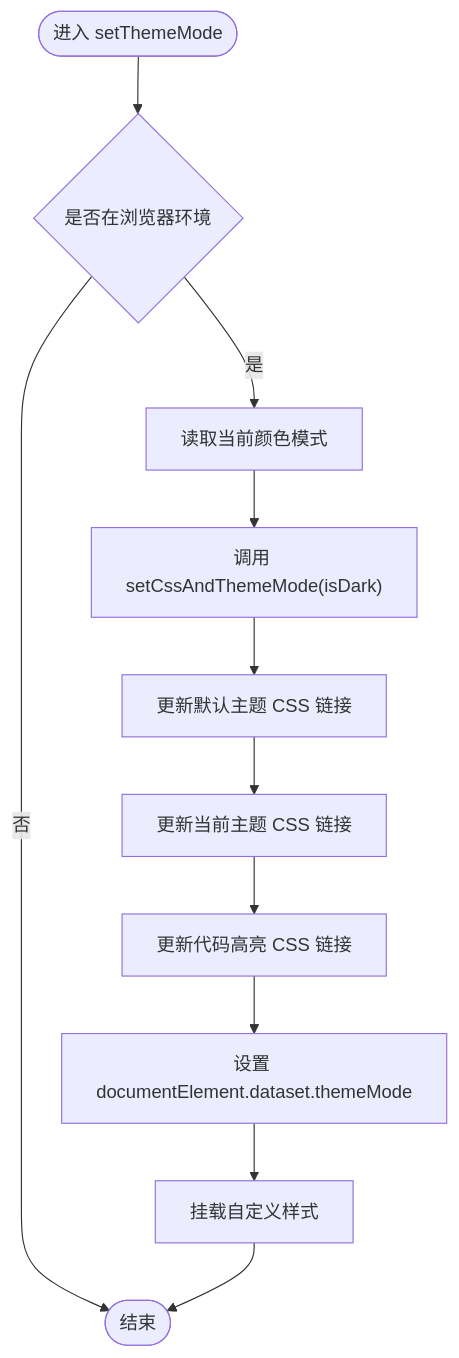
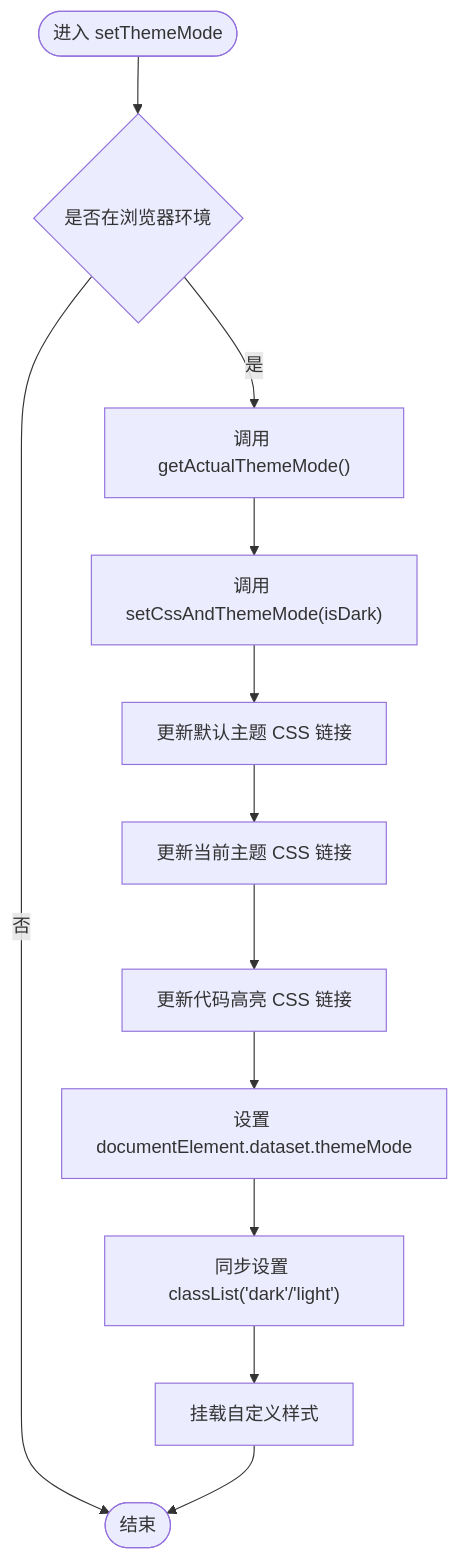
The third of 4 diagrams in .qoder/repowiki/zh/content/核心功能/主题系统/主题切换机制.md (terwer/siyuan-plugin-blog), drawn with Mermaid before and after one commit. The commit also changed other lines of this file and 3 other files, not shown here.

Commit message:
docs: update theme docs with CSS custom props and auto detection

````diff
--- a/.qoder/repowiki/zh/content/核心功能/主题系统/主题切换机制.md
+++ b/.qoder/repowiki/zh/content/核心功能/主题系统/主题切换机制.md
@@ -130,13 +145,14 @@
 ```mermaid
 flowchart TD
 Start(["进入 setThemeMode"]) --> CheckEnv{"是否在浏览器环境"}
 CheckEnv --> |否| End(["结束"])
-CheckEnv --> |是| GetMode["读取当前颜色模式"]
+CheckEnv --> |是| GetMode["调用 getActualThemeMode()"]
 GetMode --> CallSet["调用 setCssAndThemeMode(isDark)"]
 CallSet --> UpdateDefault["更新默认主题 CSS 链接"]
 UpdateDefault --> UpdateCurrent["更新当前主题 CSS 链接"]
 UpdateCurrent --> UpdateHL["更新代码高亮 CSS 链接"]
 UpdateHL --> SetAttr["设置 documentElement.dataset.themeMode"]
-SetAttr --> MountCustom["挂载自定义样式"]
+SetAttr --> SetClass["同步设置 classList('dark'/'light')"]
+SetClass --> MountCustom["挂载自定义样式"]
 MountCustom --> End
 ```
````
